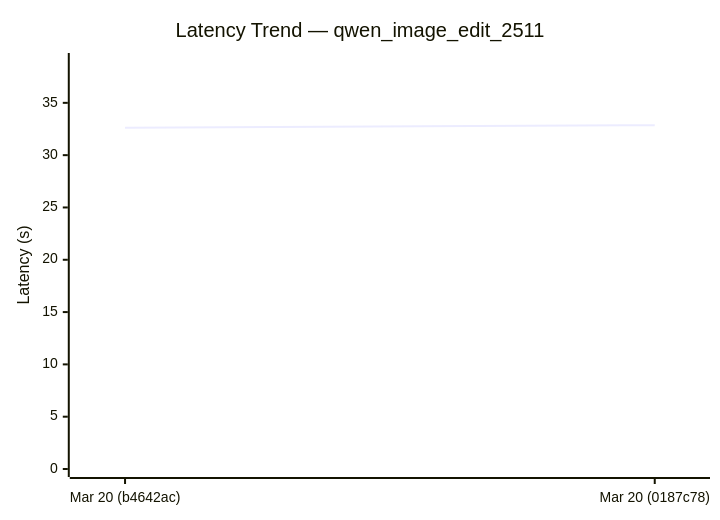
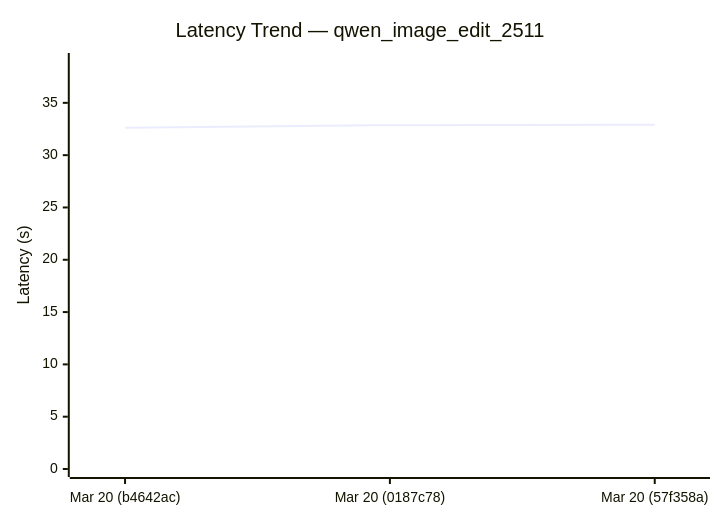
Before and after one commit to sglang-bot/sglang-ci-data: the fourth of 7 diagrams in diffusion-comparisons/dashboard.md, drawn with Mermaid. The commit also changed other lines of this file and 1 other file, not shown here.

````diff
--- a/diffusion-comparisons/dashboard.md
+++ b/diffusion-comparisons/dashboard.md
@@ -56,7 +69,7 @@
 ```mermaid
 xychart-beta
   title "Latency Trend — qwen_image_edit_2511"
-  x-axis ["Mar 20 (b4642ac)", "Mar 20 (0187c78)"]
+  x-axis ["Mar 20 (b4642ac)", "Mar 20 (0187c78)", "Mar 20 (57f358a)"]
   y-axis "Latency (s)" 0 --> 39
-  line [32.61, 32.87]
+  line [32.61, 32.87, 32.91]
 ```
````
